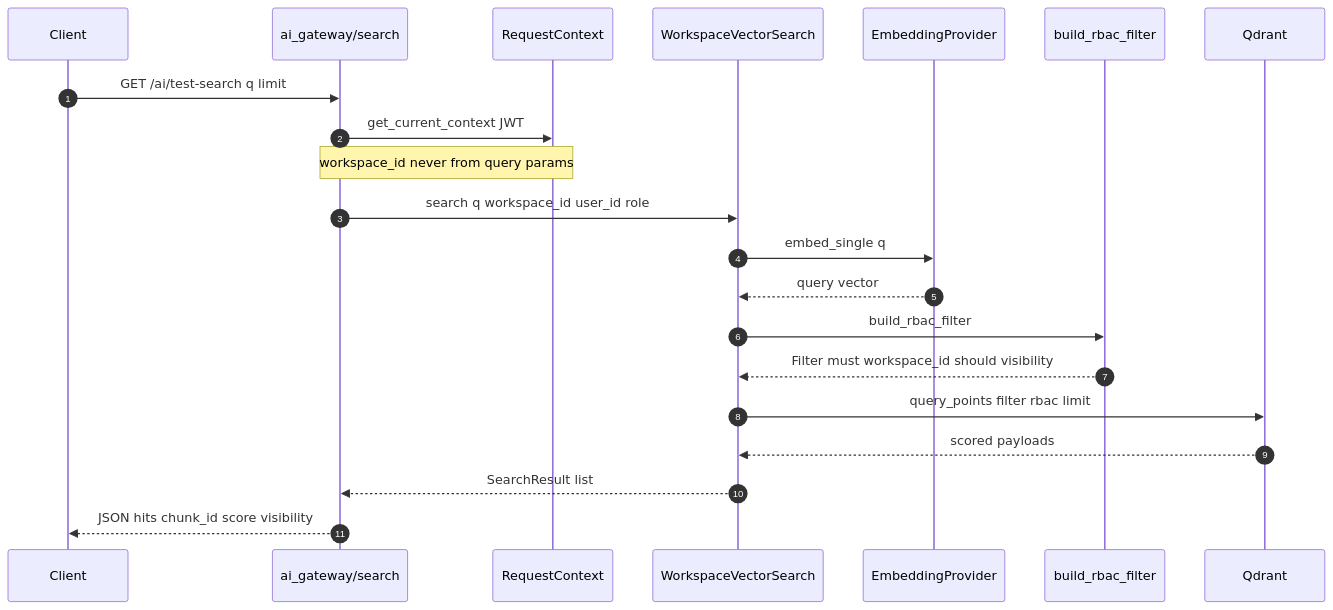
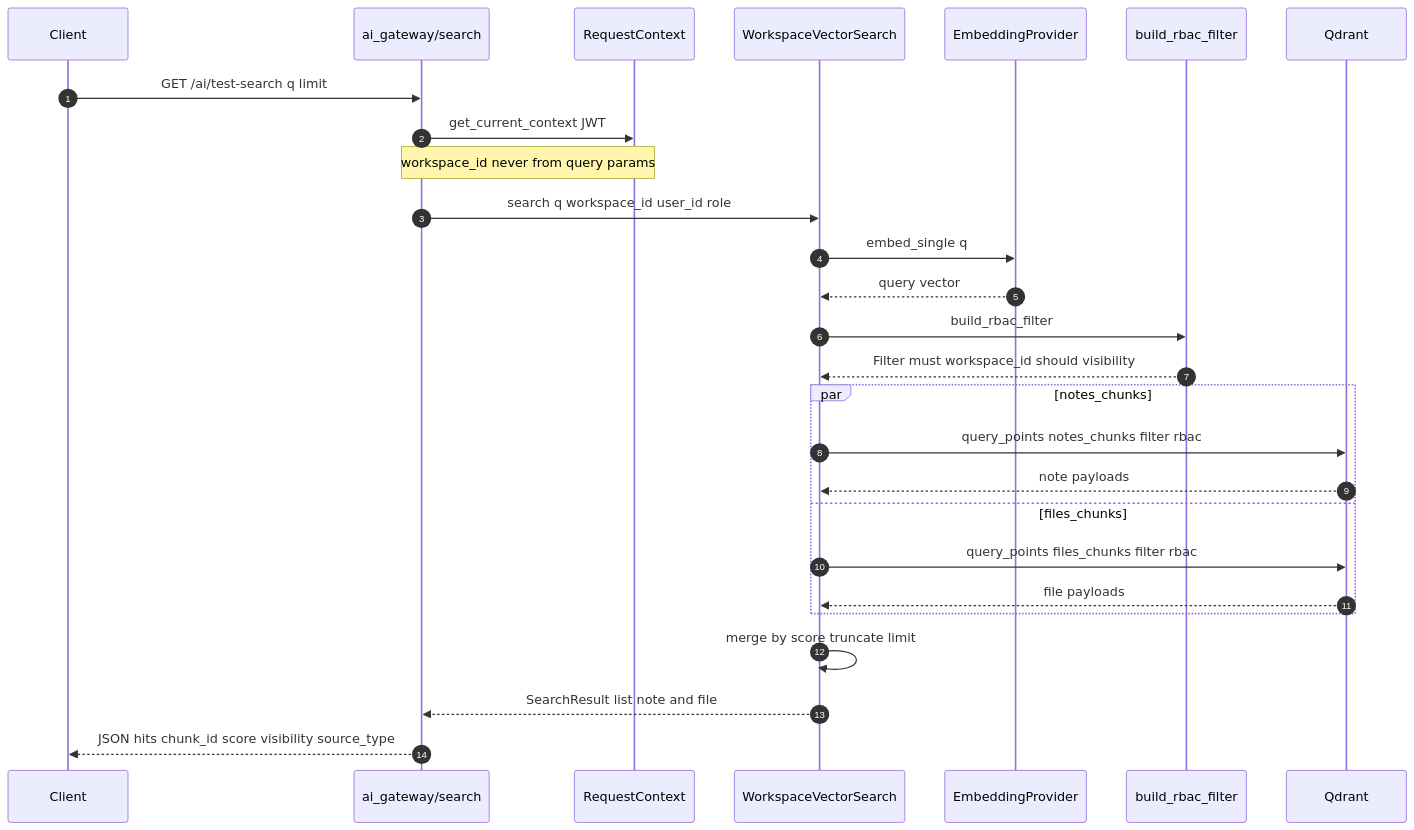
The fifth of 13 diagrams in docs/uml/diagrams.md (RudraPramanik/system-dashnote), drawn with Mermaid before and after one commit. The commit also changed other lines of this file and 50 other files, not shown here.

````diff
--- a/docs/uml/diagrams.md
+++ b/docs/uml/diagrams.md
@@ -199,24 +199,30 @@
 ```mermaid
 sequenceDiagram
     autonumber
     participant C as Client
     participant RT as ai_gateway/search
     participant CTX as RequestContext
     participant WS as WorkspaceVectorSearch
     participant EP as EmbeddingProvider
     participant F as build_rbac_filter
     participant QD as Qdrant
 
     C->>RT: GET /ai/test-search q limit
     RT->>CTX: get_current_context JWT
     Note over RT,CTX: workspace_id never from query params
     RT->>WS: search q workspace_id user_id role
     WS->>EP: embed_single q
     EP-->>WS: query vector
     WS->>F: build_rbac_filter
     F-->>WS: Filter must workspace_id should visibility
-    WS->>QD: query_points filter rbac limit
-    QD-->>WS: scored payloads
-    WS-->>RT: SearchResult list
-    RT-->>C: JSON hits chunk_id score visibility
+    par notes_chunks
+        WS->>QD: query_points notes_chunks filter rbac
+        QD-->>WS: note payloads
+    and files_chunks
+        WS->>QD: query_points files_chunks filter rbac
+        QD-->>WS: file payloads
+    end
+    WS->>WS: merge by score truncate limit
+    WS-->>RT: SearchResult list note and file
+    RT-->>C: JSON hits chunk_id score visibility source_type
 ```
````
